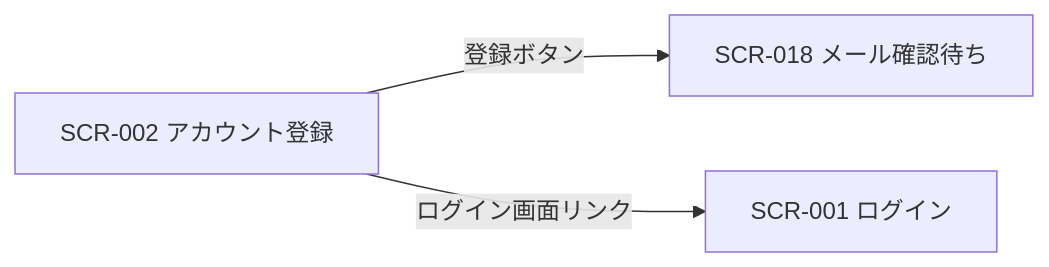
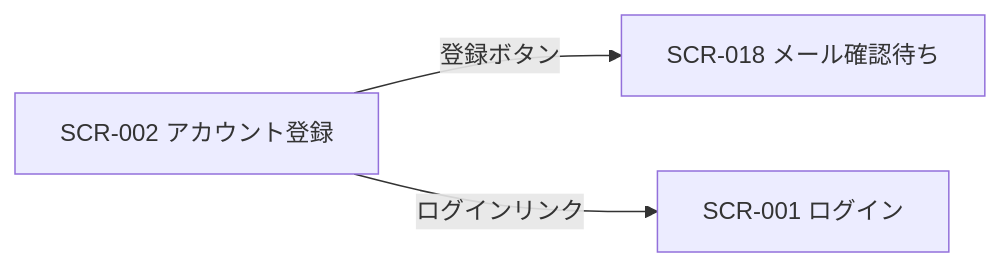
Before and after one commit to sikakou54/open-faq: the diagram in 02_basic_design/01_frontend/01_screens/SCR-002.md, drawn with Mermaid. The commit also changed other lines of this file and 162 other files, not shown here.

````diff
--- a/02_basic_design/01_frontend/01_screens/SCR-002.md
+++ b/02_basic_design/01_frontend/01_screens/SCR-002.md
@@ -28,8 +20,8 @@
 ```mermaid
 flowchart LR
   S2["SCR-002 アカウント登録"]
   S13["SCR-018 メール確認待ち"]
   S1["SCR-001 ログイン"]
   S2 -->|登録ボタン| S13
-  S2 -->|ログイン画面リンク| S1
+  S2 -->|ログインリンク| S1
 ```
````
